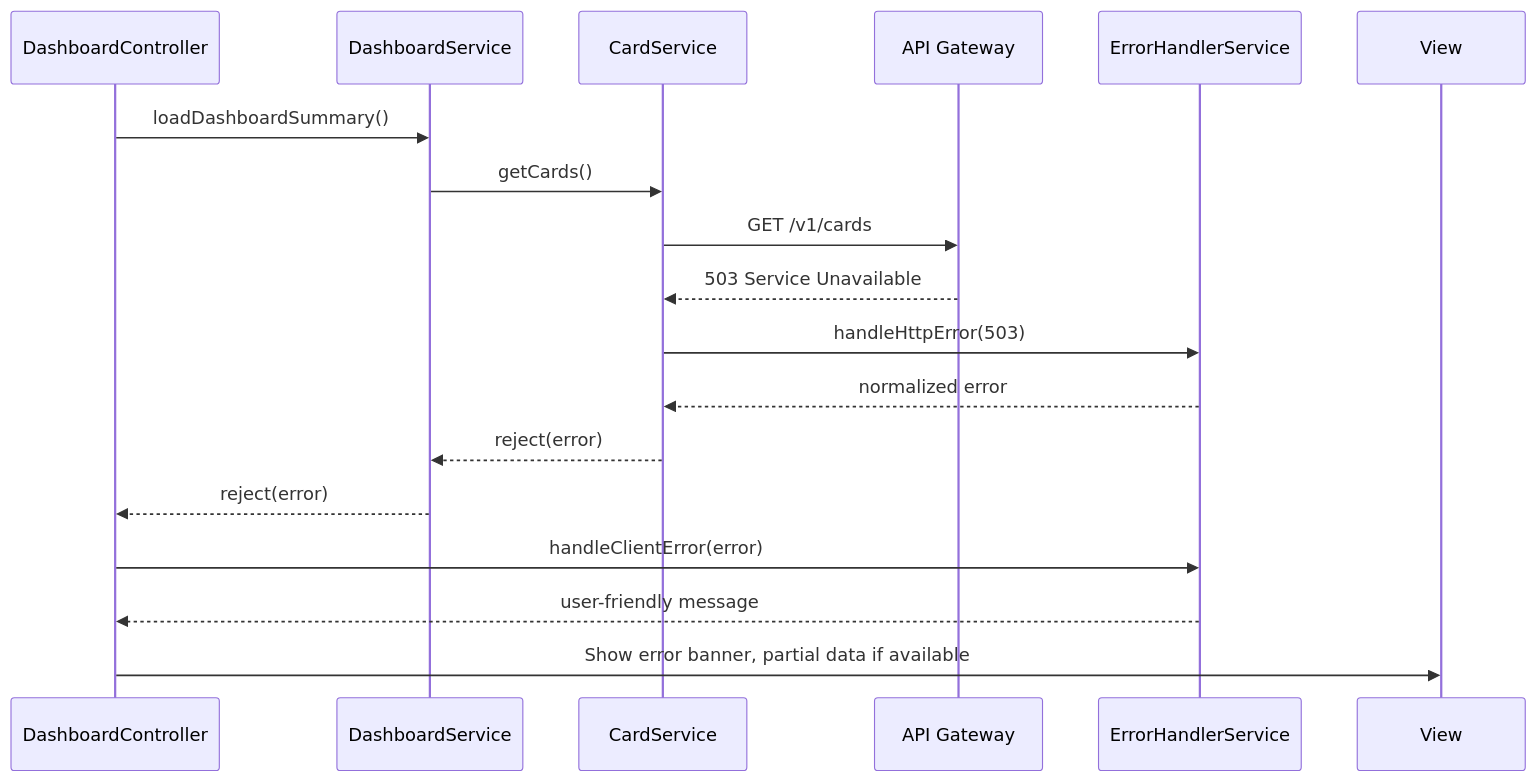
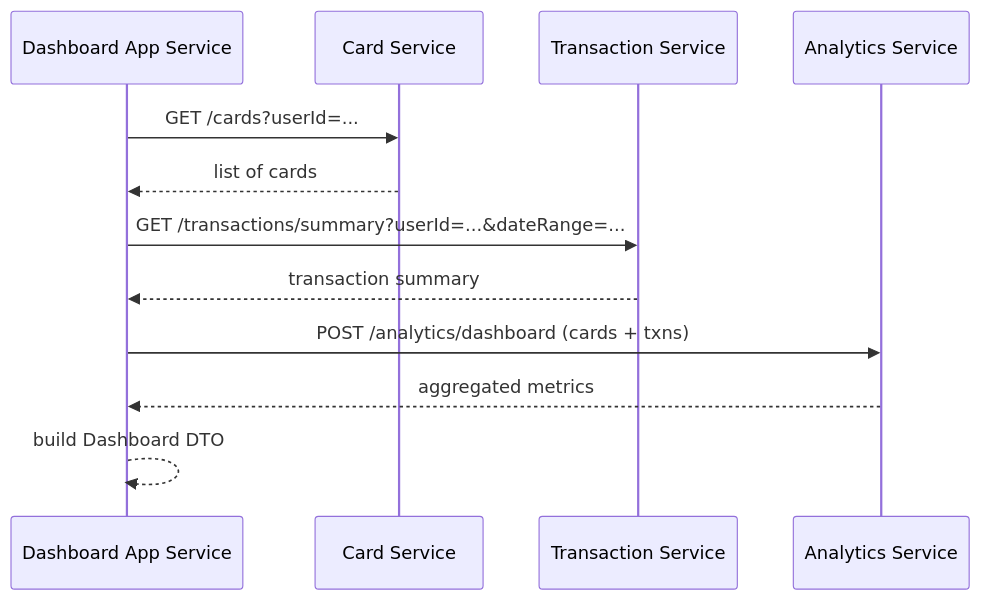
The third of 4 diagrams in LLD/QE-3689_LLD.md (Davamani-git/APB_Demo), drawn with Mermaid before and after one commit. The commit also changed other lines of this file, not shown here.

````diff
--- a/LLD/QE-3689_LLD.md
+++ b/LLD/QE-3689_LLD.md
@@ -814,20 +818,15 @@
 ```mermaid
 sequenceDiagram
-  participant VC as DashboardController
-  participant DS as DashboardService
-  participant CS as CardService
-  participant API as API Gateway
-  participant EH as ErrorHandlerService
+  participant DAS as Dashboard App Service
+  participant CS as Card Service
+  participant TS as Transaction Service
+  participant ANS as Analytics Service
 
-  VC->>DS: loadDashboardSummary()
-  DS->>CS: getCards()
-  CS->>API: GET /v1/cards
-  API-->>CS: 503 Service Unavailable
-  CS->>EH: handleHttpError(503)
-  EH-->>CS: normalized error
-  CS-->>DS: reject(error)
-  DS-->>VC: reject(error)
-  VC->>EH: handleClientError(error)
-  EH-->>VC: user-friendly message
-  VC->>View: Show error banner, partial data if available
+  DAS->>CS: GET /cards?userId=...
+  CS-->>DAS: list of cards
+  DAS->>TS: GET /transactions/summary?userId=...&dateRange=...
+  TS-->>DAS: transaction summary
+  DAS->>ANS: POST /analytics/dashboard (cards + txns)
+  ANS-->>DAS: aggregated metrics
+  DAS-->>DAS: build Dashboard DTO
 ```
````
